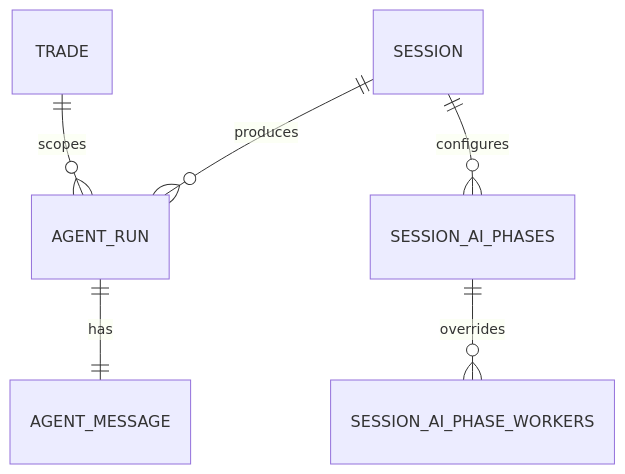
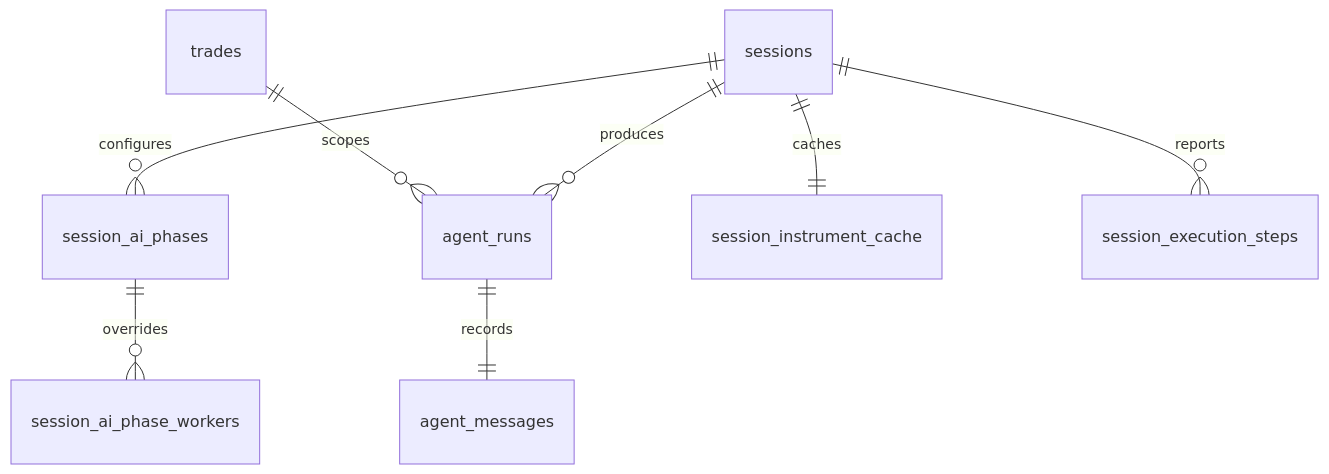
One commit to KennethAtchon/Exva changed the third of 9 diagrams in docs/architecture/pipeline-runtime.md. Above: the diagram before and after it, drawn with Mermaid. The commit also changed other lines of this file and 11 other files, not shown here.

````diff
--- a/docs/architecture/pipeline-runtime.md
+++ b/docs/architecture/pipeline-runtime.md
@@ -415,8 +160,10 @@
 ```mermaid
 erDiagram
-    SESSION ||--o{ AGENT_RUN : "produces"
-    AGENT_RUN ||--|| AGENT_MESSAGE : "has"
-    SESSION ||--o{ SESSION_AI_PHASES : "configures"
-    SESSION_AI_PHASES ||--o{ SESSION_AI_PHASE_WORKERS : "overrides"
-    TRADE ||--o{ AGENT_RUN : "scopes"
+    sessions ||--o{ session_ai_phases : configures
+    session_ai_phases ||--o{ session_ai_phase_workers : overrides
+    sessions ||--o{ agent_runs : produces
+    agent_runs ||--|| agent_messages : records
+    sessions ||--|| session_instrument_cache : caches
+    sessions ||--o{ session_execution_steps : reports
+    trades ||--o{ agent_runs : scopes
 ```
````
